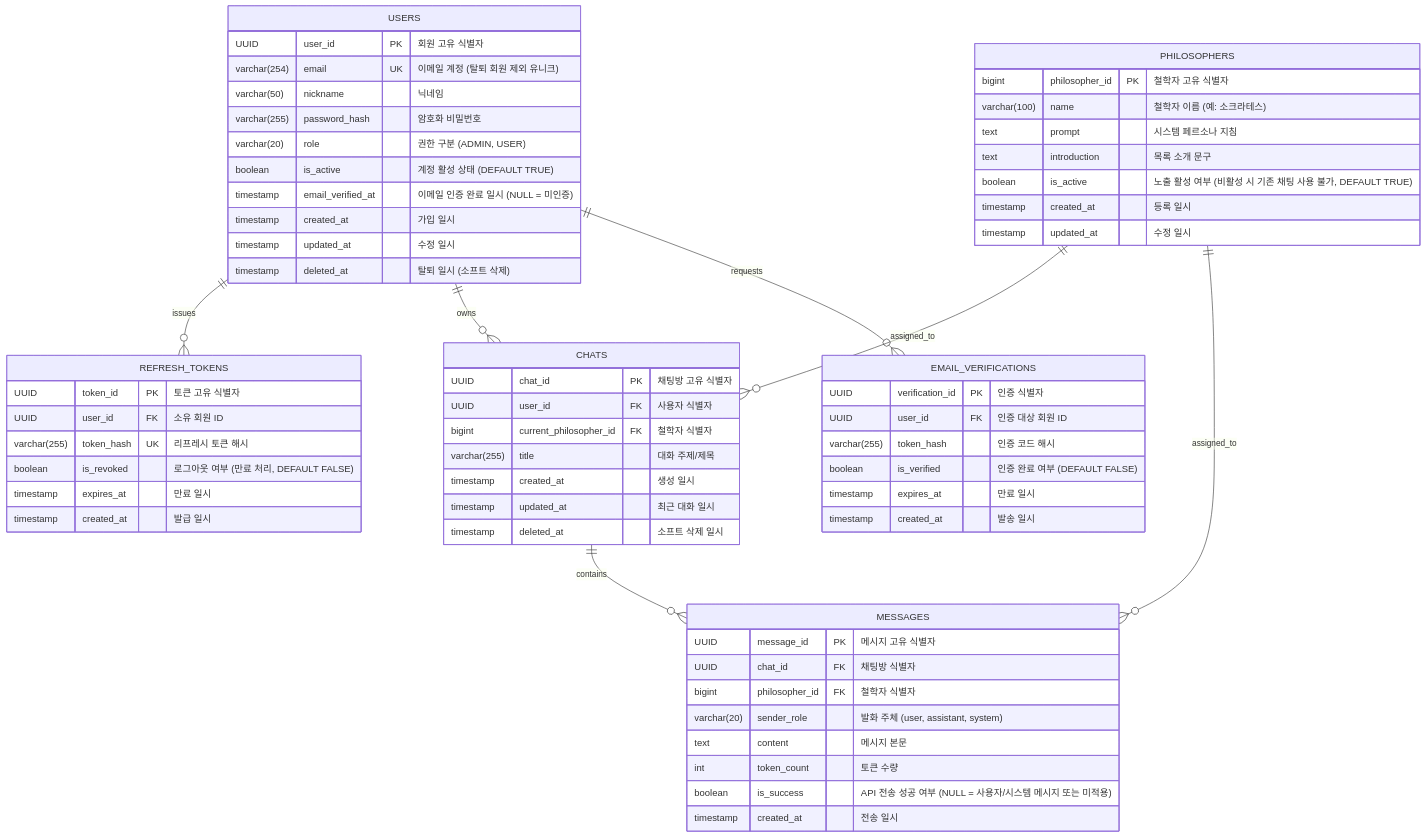
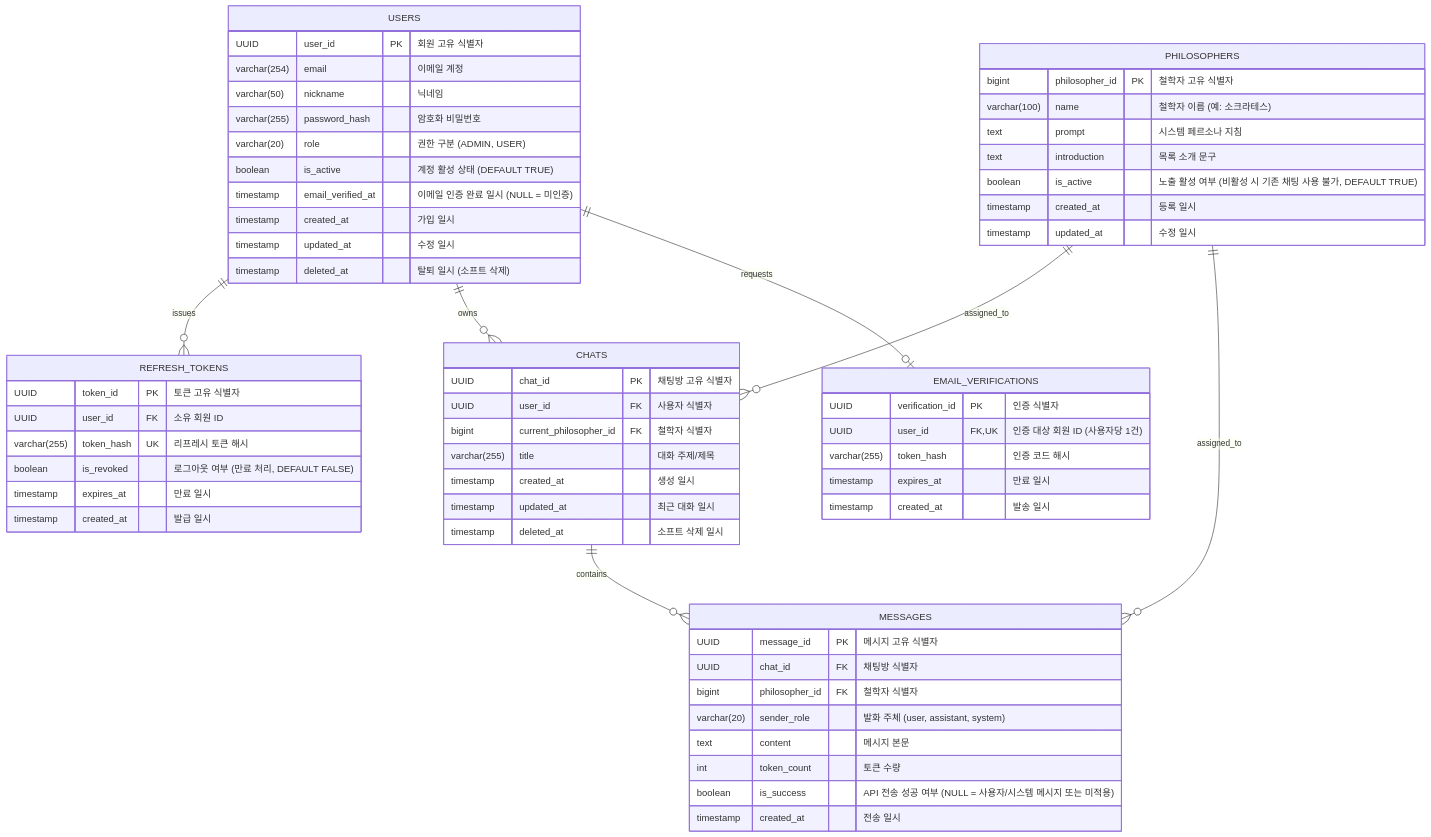
One commit to cody-b7-1/b7-1 changed the diagram in docs/erd.md. Above: the diagram before and after it, drawn with Mermaid. The commit also changed 3 other files, not shown here.

````diff
--- a/docs/erd.md
+++ b/docs/erd.md
@@ -3,71 +3,70 @@
 ```mermaid
 erDiagram
     USERS ||--o{ REFRESH_TOKENS : "issues"
     USERS ||--o{ CHATS : "owns"
-    USERS ||--o{ EMAIL_VERIFICATIONS : "requests"
+    USERS ||--o| EMAIL_VERIFICATIONS : "requests"
     PHILOSOPHERS ||--o{ CHATS : "assigned_to"
     PHILOSOPHERS ||--o{ MESSAGES : "assigned_to"
     CHATS ||--o{ MESSAGES : "contains"
 
     USERS {
         UUID user_id PK "회원 고유 식별자"
-        varchar(254) email UK "이메일 계정 (탈퇴 회원 제외 유니크)"
+        varchar(254) email "이메일 계정"
         varchar(50) nickname "닉네임"
         varchar(255) password_hash "암호화 비밀번호"
         varchar(20) role "권한 구분 (ADMIN, USER)"
         boolean is_active "계정 활성 상태 (DEFAULT TRUE)"
         timestamp email_verified_at "이메일 인증 완료 일시 (NULL = 미인증)"
         timestamp created_at "가입 일시"
         timestamp updated_at "수정 일시"
         timestamp deleted_at "탈퇴 일시 (소프트 삭제)"
     }
 
     EMAIL_VERIFICATIONS {
         UUID verification_id PK "인증 식별자"
-        UUID user_id FK "인증 대상 회원 ID"
+        UUID user_id FK, UK "인증 대상 회원 ID (사용자당 1건)"
         varchar(255) token_hash "인증 코드 해시"
-        boolean is_verified "인증 완료 여부 (DEFAULT FALSE)"
         timestamp expires_at "만료 일시"
         timestamp created_at "발송 일시"
     }
 
     REFRESH_TOKENS {
         UUID token_id PK "토큰 고유 식별자"
         UUID user_id FK "소유 회원 ID"
         varchar(255) token_hash UK "리프레시 토큰 해시"
         boolean is_revoked "로그아웃 여부 (만료 처리, DEFAULT FALSE)"
         timestamp expires_at "만료 일시"
         timestamp created_at "발급 일시"
     }
 
     PHILOSOPHERS {
         bigint philosopher_id PK "철학자 고유 식별자"
         varchar(100) name "철학자 이름 (예: 소크라테스)"
         text prompt "시스템 페르소나 지침"
         text introduction "목록 소개 문구"
         boolean is_active "노출 활성 여부 (비활성 시 기존 채팅 사용 불가, DEFAULT TRUE)"
         timestamp created_at "등록 일시"
         timestamp updated_at "수정 일시"
     }
 
     CHATS {
         UUID chat_id PK "채팅방 고유 식별자"
         UUID user_id FK "사용자 식별자"
         bigint current_philosopher_id FK "철학자 식별자"
         varchar(255) title "대화 주제/제목"
         timestamp created_at "생성 일시"
         timestamp updated_at "최근 대화 일시"
         timestamp deleted_at "소프트 삭제 일시"
     }
 
     MESSAGES {
         UUID message_id PK "메시지 고유 식별자"
         UUID chat_id FK "채팅방 식별자"
         bigint philosopher_id FK "철학자 식별자"
         varchar(20) sender_role "발화 주체 (user, assistant, system)"
         text content "메시지 본문"
         int token_count "토큰 수량"
         boolean is_success "API 전송 성공 여부 (NULL = 사용자/시스템 메시지 또는 미적용)"
         timestamp created_at "전송 일시"
     }
 ```
````
